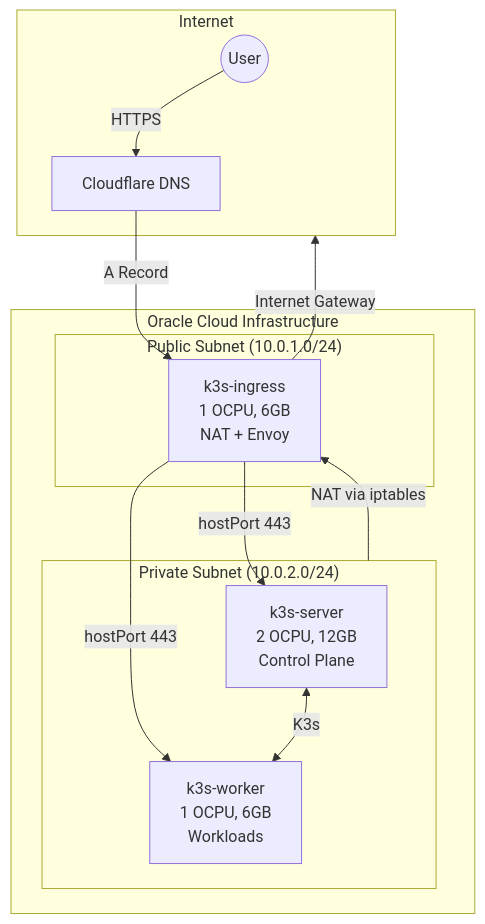
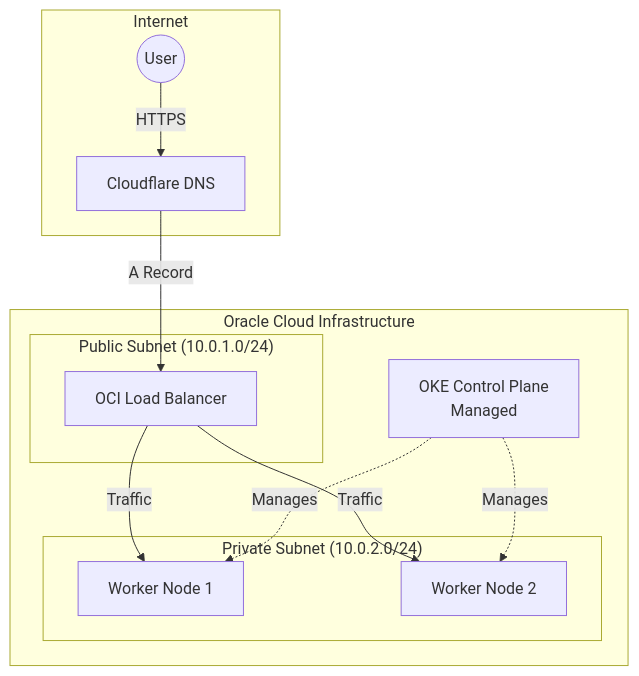
The first of 5 diagrams in docs/src/content/docs/architecture/overview.md (nsudhanva/k8s-oracle), drawn with Mermaid before and after one commit. The commit also changed other lines of this file and 16 other files, not shown here.

Commit message:
docs: update architecture to OKE and fix envoy gateway subnet

````diff
--- a/docs/src/content/docs/architecture/overview.md
+++ b/docs/src/content/docs/architecture/overview.md
@@ -8,26 +8,27 @@
 ```mermaid
 graph TB
     subgraph Internet
         User((User))
         DNS[Cloudflare DNS]
     end
 
     subgraph OCI["Oracle Cloud Infrastructure"]
         subgraph Public["Public Subnet (10.0.1.0/24)"]
-            Ingress[k3s-ingress<br/>1 OCPU, 6GB<br/>NAT + Envoy]
+            LB[OCI Load Balancer]
         end
 
         subgraph Private["Private Subnet (10.0.2.0/24)"]
-            Server[k3s-server<br/>2 OCPU, 12GB<br/>Control Plane]
-            Worker[k3s-worker<br/>1 OCPU, 6GB<br/>Workloads]
+            Worker1[Worker Node 1]
+            Worker2[Worker Node 2]
         end
+        
+        CP[OKE Control Plane<br/>Managed]
     end
 
     User -->|HTTPS| DNS
-    DNS -->|A Record| Ingress
-    Ingress -->|hostPort 443| Server
-    Ingress -->|hostPort 443| Worker
-    Server <-->|K3s| Worker
-    Private -->|NAT via iptables| Ingress
-    Ingress -->|Internet Gateway| Internet
+    DNS -->|A Record| LB
+    LB -->|Traffic| Worker1
+    LB -->|Traffic| Worker2
+    CP -.->|Manages| Worker1
+    CP -.->|Manages| Worker2
 ```
````
